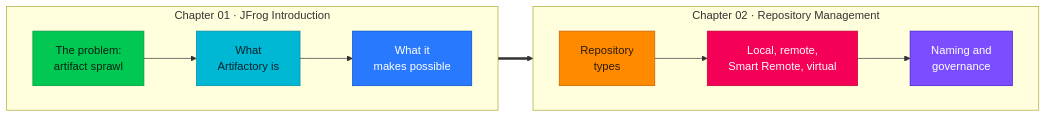
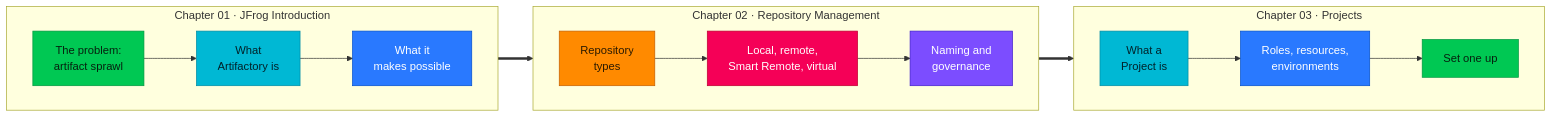
Before and after one commit to bhagatabhijeet/jfrog-knowledge-bundle: the first of 2 diagrams in README.md, drawn with Mermaid. The commit also changed other lines of this file and 5 other files, not shown here.

````diff
--- a/README.md
+++ b/README.md
@@ -129,18 +155,23 @@
 ```mermaid
 flowchart LR
     subgraph T1["Chapter 01 · JFrog Introduction"]
         direction LR
         A["The problem:<br/>artifact sprawl"]:::green --> B["What<br/>Artifactory is"]:::teal --> C["What it<br/>makes possible"]:::blue
     end
     subgraph T2["Chapter 02 · Repository Management"]
         direction LR
         D["Repository<br/>types"]:::orange --> E["Local, remote,<br/>Smart Remote, virtual"]:::pink --> F["Naming and<br/>governance"]:::purple
     end
+    subgraph T3["Chapter 03 · Projects"]
+        direction LR
+        G["What a<br/>Project is"]:::teal --> H["Roles, resources,<br/>environments"]:::blue --> I["Set one up"]:::green
+    end
     C ==> D
+    F ==> G
     classDef green fill:#00C853,stroke:#00963F,color:#06210F
     classDef teal fill:#00B8D4,stroke:#008BA3,color:#00222A
     classDef blue fill:#2979FF,stroke:#004ECB,color:#FFFFFF
     classDef orange fill:#FF8A00,stroke:#C25E00,color:#2B1B00
     classDef pink fill:#F50057,stroke:#BB002F,color:#FFFFFF
     classDef purple fill:#7C4DFF,stroke:#3F1DCB,color:#FFFFFF
 ```
````
